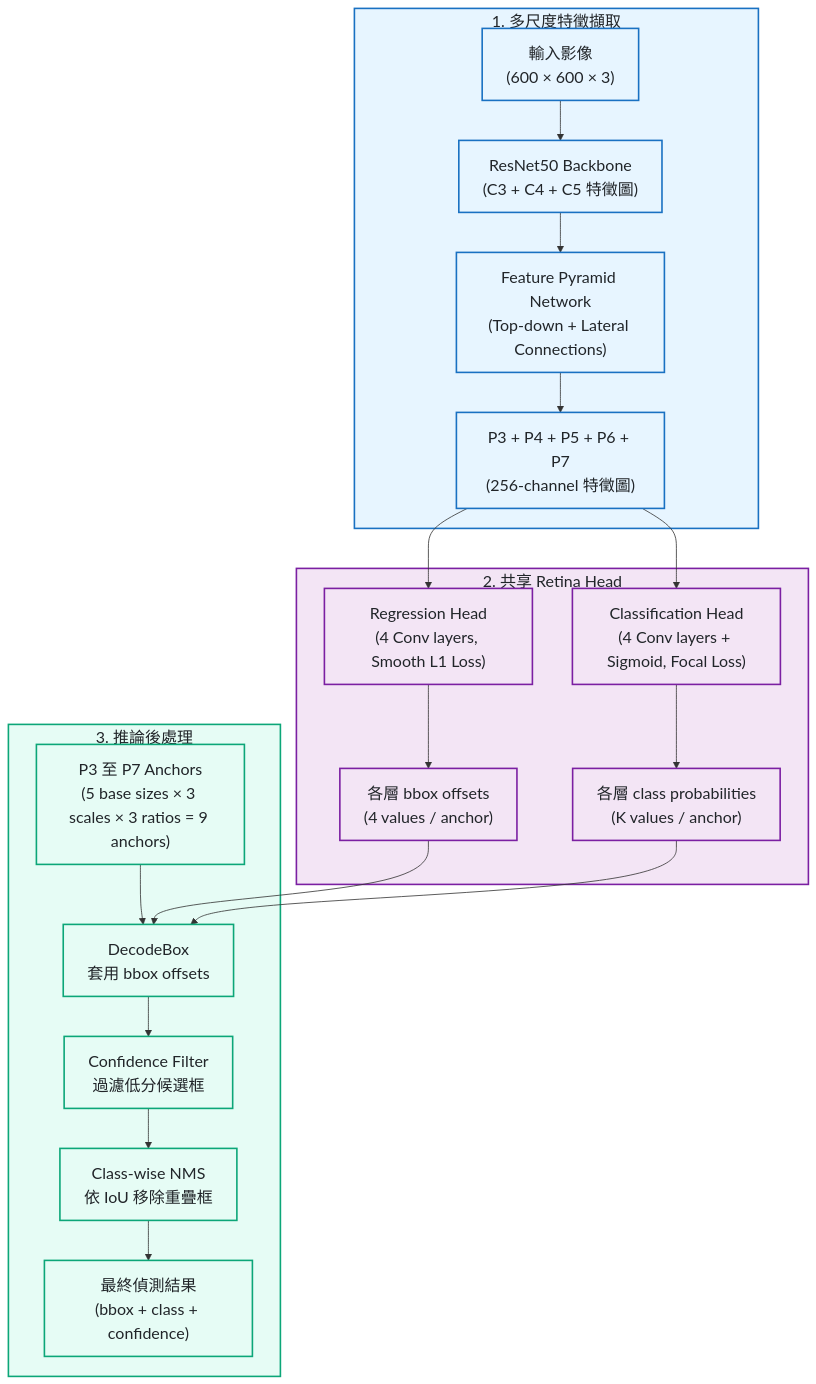
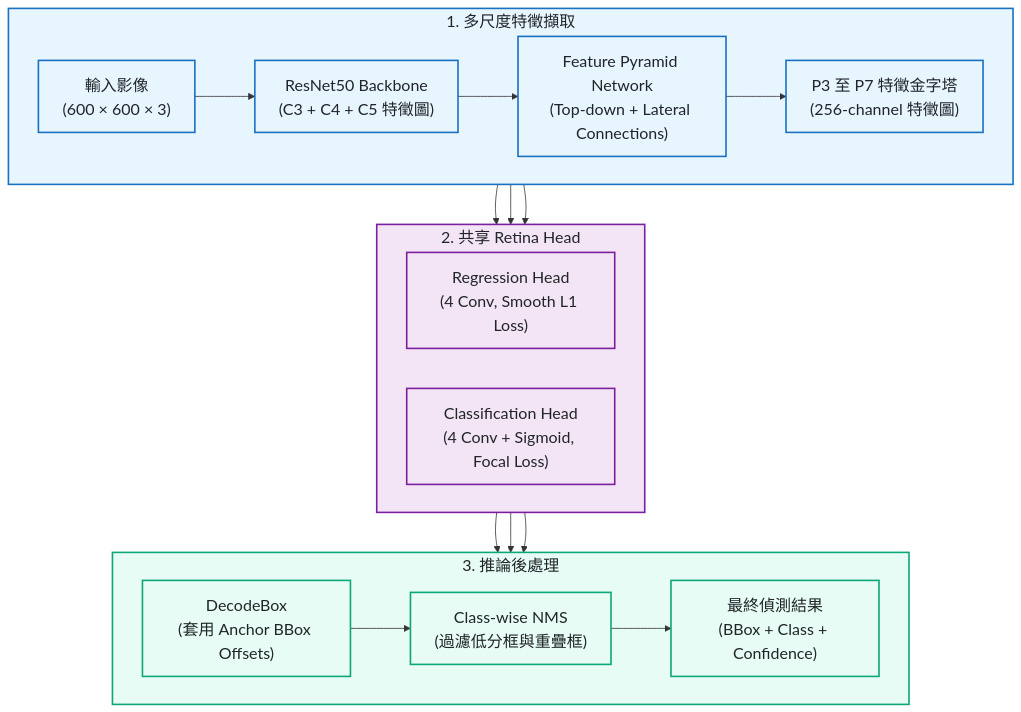
The second of 2 diagrams in README.md (kuotunyu/retinanet-face-mask-detection), drawn with Mermaid before and after one commit. The commit also changed other lines of this file, not shown here.

Commit message:
docs: upgrade flowcharts to Hybrid TD+LR layout with Traditional Chinese prose and English technical terms

````diff
--- a/README.md
+++ b/README.md
@@ -73,32 +62,28 @@
 ```mermaid
 %%{init: {'themeVariables': {'fontSize': '20px'}}}%%
 flowchart TD
     subgraph Features ["1. 多尺度特徵擷取"]
-        Input["輸入影像<br/>(600 × 600 × 3)"] --> Backbone["ResNet50 Backbone<br/>(C3 + C4 + C5 特徵圖)"]
-        Backbone --> FPN["Feature Pyramid Network<br/>(Top-down + Lateral Connections)"]
-        FPN --> Pyramid["P3 + P4 + P5 + P6 + P7<br/>(256-channel 特徵圖)"]
+        direction LR
+        Input["輸入影像<br/>(600 × 600 × 3)"] --> Backbone["ResNet50 Backbone<br/>(C3 + C4 + C5 特徵圖)"] --> FPN["Feature Pyramid Network<br/>(Top-down + Lateral Connections)"] --> Pyramid["P3 至 P7 特徵金字塔<br/>(256-channel 特徵圖)"]
     end
 
     subgraph Heads ["2. 共享 Retina Head"]
-        Pyramid --> Regression["Regression Head<br/>(4 Conv layers, Smooth L1 Loss)"]
-        Pyramid --> Classification["Classification Head<br/>(4 Conv layers + Sigmoid, Focal Loss)"]
-        Regression --> Offsets["各層 bbox offsets<br/>(4 values / anchor)"]
-        Classification --> Probabilities["各層 class probabilities<br/>(K values / anchor)"]
+        direction LR
+        Pyramid --> Regression["Regression Head<br/>(4 Conv, Smooth L1 Loss)"] & Classification["Classification Head<br/>(4 Conv + Sigmoid, Focal Loss)"]
     end
 
     subgraph Postprocess ["3. 推論後處理"]
-        Anchors["P3 至 P7 Anchors<br/>(5 base sizes × 3 scales × 3 ratios = 9 anchors)"] --> Decode["DecodeBox<br/>套用 bbox offsets"]
-        Offsets & Probabilities --> Decode
-        Decode --> Confidence["Confidence Filter<br/>過濾低分候選框"]
-        Confidence --> NMS["Class-wise NMS<br/>依 IoU 移除重疊框"]
-        NMS --> Output["最終偵測結果<br/>(bbox + class + confidence)"]
+        direction LR
+        Regression & Classification --> Decode["DecodeBox<br/>(套用 Anchor BBox Offsets)"] --> NMS["Class-wise NMS<br/>(過濾低分框與重疊框)"] --> Output["最終偵測結果<br/>(BBox + Class + Confidence)"]
     end
+
+    Features --> Heads --> Postprocess
 
     classDef featStyle fill:#e7f5ff,stroke:#1971c2,stroke-width:2px,color:#212529
     classDef headStyle fill:#f3e5f5,stroke:#7b1fa2,stroke-width:2px,color:#212529
     classDef postStyle fill:#e6fcf5,stroke:#0ca678,stroke-width:2px,color:#212529
 
     class Features,Input,Backbone,FPN,Pyramid featStyle
-    class Heads,Regression,Classification,Offsets,Probabilities headStyle
-    class Postprocess,Anchors,Decode,Confidence,NMS,Output postStyle
+    class Heads,Regression,Classification headStyle
+    class Postprocess,Decode,NMS,Output postStyle
 ```
````
